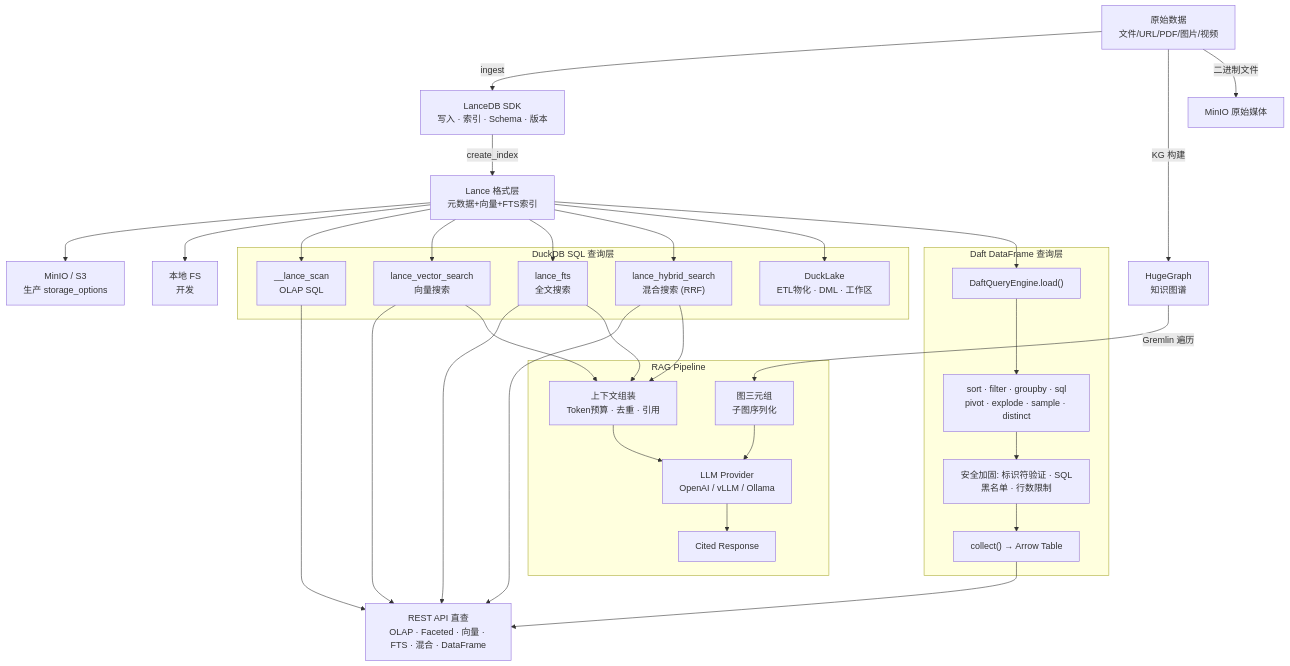
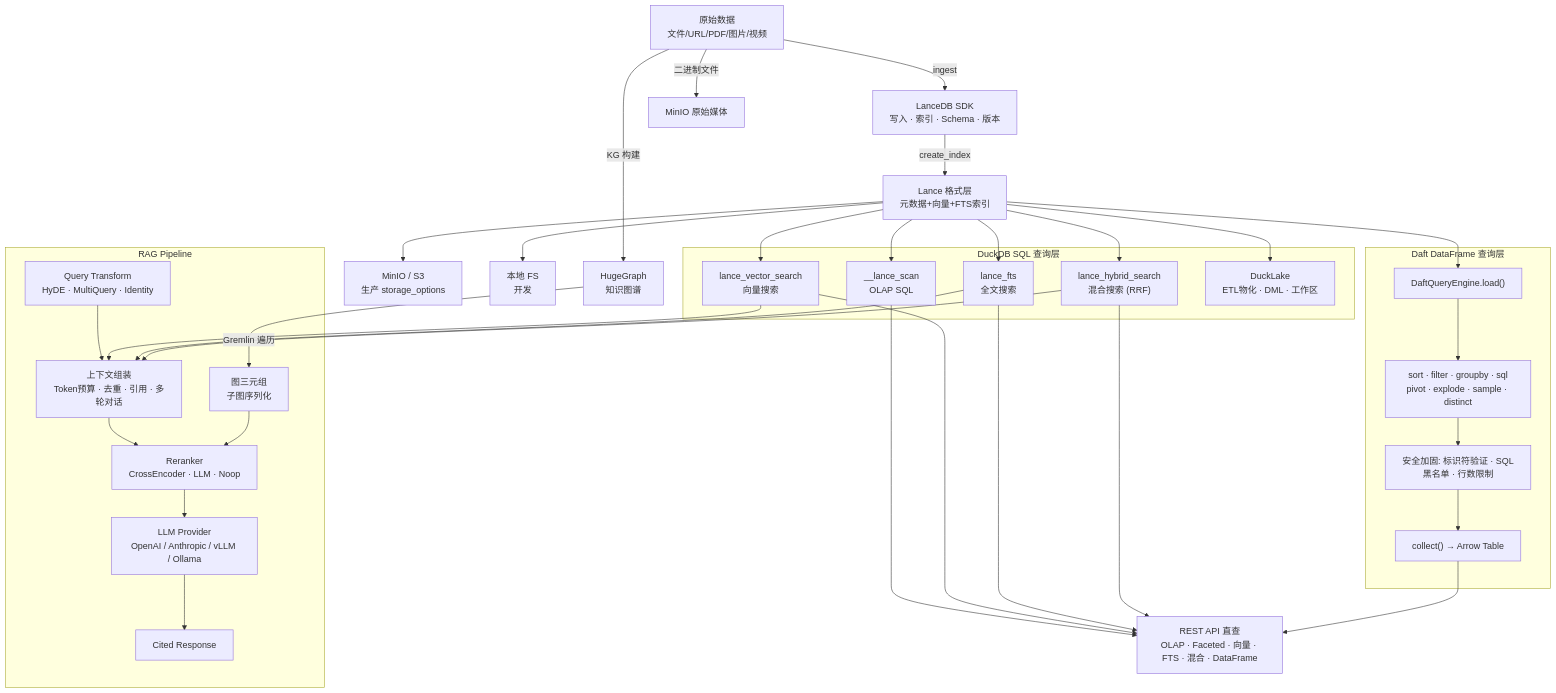
One commit to witsmaotech/arrow-lake changed the third of 14 diagrams in docs/design_plan/architecture-overview.md. Above: the diagram before and after it, drawn with Mermaid. The commit also changed other lines of this file and 17 other files, not shown here.

````diff
--- a/docs/design_plan/architecture-overview.md
+++ b/docs/design_plan/architecture-overview.md
@@ -328,57 +339,61 @@
 ```mermaid
 flowchart TD
     RawData["原始数据<br/>文件/URL/PDF/图片/视频"]
 
     RawData -->|ingest| LanceSDK["LanceDB SDK<br/>写入 · 索引 · Schema · 版本"]
     LanceSDK -->|create_index| LanceLayer["Lance 格式层<br/>元数据+向量+FTS索引"]
     LanceLayer --> MinIO["MinIO / S3<br/>生产 storage_options"]
     LanceLayer --> LocalFS["本地 FS<br/>开发"]
     RawData -->|KG 构建| HG["HugeGraph<br/>知识图谱"]
     RawData -->|二进制文件| MinIOMedia["MinIO 原始媒体"]
 
     subgraph QueryLayer["DuckDB SQL 查询层"]
         Scan["__lance_scan<br/>OLAP SQL"]
         VecSearch["lance_vector_search<br/>向量搜索"]
         FTS["lance_fts<br/>全文搜索"]
         Hybrid["lance_hybrid_search<br/>混合搜索 (RRF)"]
         DuckLakeETL["DuckLake<br/>ETL物化 · DML · 工作区"]
     end
 
     subgraph DaftQuery["Daft DataFrame 查询层"]
         DaftLoad["DaftQueryEngine.load()"]
         DaftOps["sort · filter · groupby · sql<br/>pivot · explode · sample · distinct"]
         DaftSafe["安全加固: 标识符验证 · SQL黑名单 · 行数限制"]
         DaftCollect["collect() → Arrow Table"]
         DaftLoad --> DaftOps --> DaftSafe --> DaftCollect
     end
 
     LanceLayer --> Scan
     LanceLayer --> VecSearch
     LanceLayer --> FTS
     LanceLayer --> Hybrid
     LanceLayer --> DuckLakeETL
     LanceLayer --> DaftLoad
 
     RESTOut["REST API 直查<br/>OLAP · Faceted · 向量 · FTS · 混合 · DataFrame"]
     Scan --> RESTOut
     VecSearch --> RESTOut
     FTS --> RESTOut
     Hybrid --> RESTOut
     DaftCollect --> RESTOut
 
     subgraph RAGPipeline["RAG Pipeline"]
-        Context["上下文组装<br/>Token预算 · 去重 · 引用"]
+        QueryTransform["Query Transform<br/>HyDE · MultiQuery · Identity"]
+        Context["上下文组装<br/>Token预算 · 去重 · 引用 · 多轮对话"]
+        Reranker["Reranker<br/>CrossEncoder · LLM · Noop"]
         GraphT["图三元组<br/>子图序列化"]
-        LLM["LLM Provider<br/>OpenAI / vLLM / Ollama"]
+        LLM["LLM Provider<br/>OpenAI / Anthropic / vLLM / Ollama"]
         Response["Cited Response"]
     end
 
+    QueryTransform --> Context
     VecSearch --> Context
     FTS --> Context
     Hybrid --> Context
     HG -->|Gremlin 遍历| GraphT
 
-    Context --> LLM
-    GraphT --> LLM
+    Context --> Reranker
+    GraphT --> Reranker
+    Reranker --> LLM
     LLM --> Response
 ```
````
